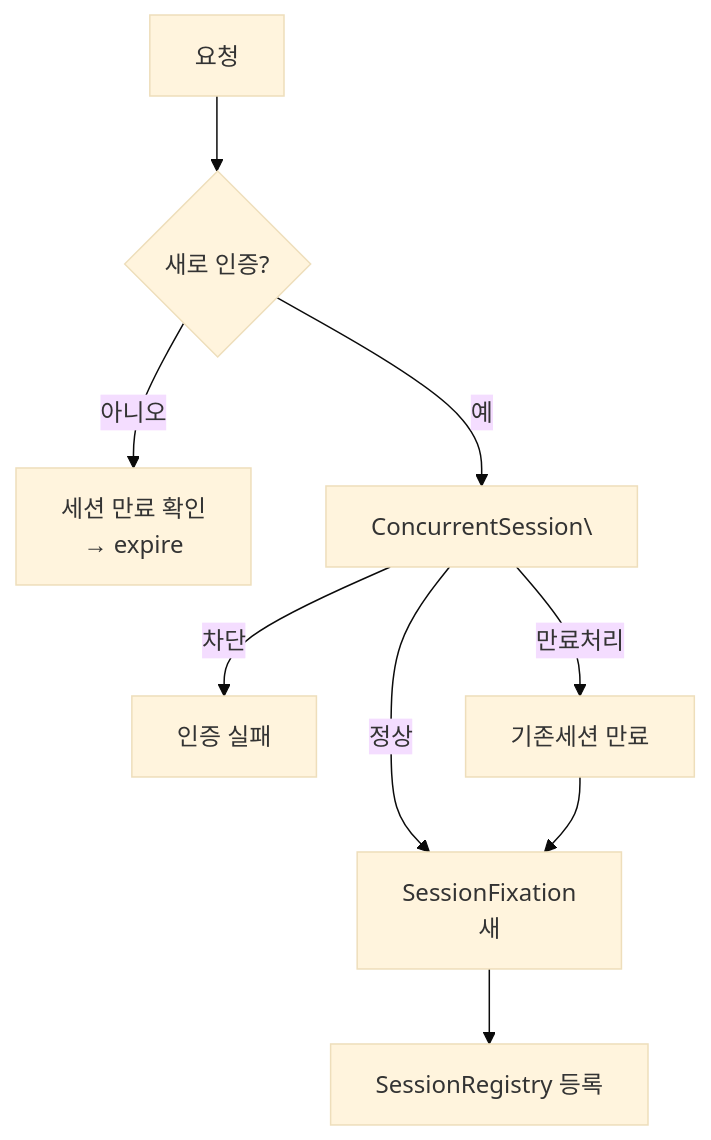
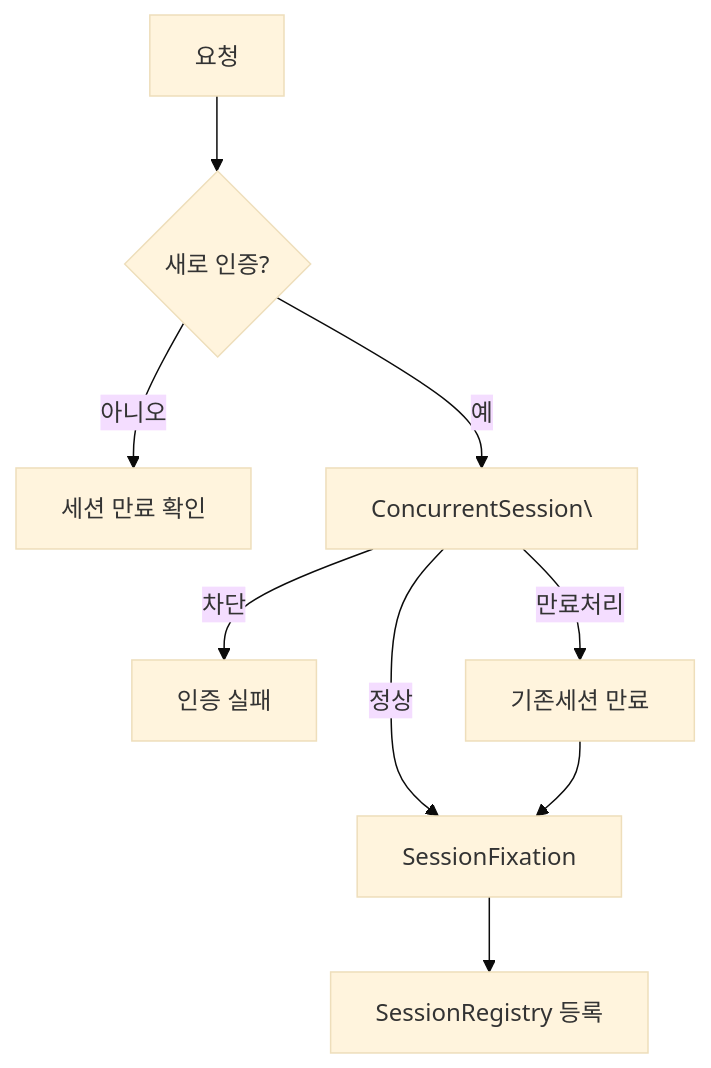
One commit to yjkim2015/yjkim2015.github.io changed the third of 4 diagrams in _posts/security/2021-02-18-세션 제어 필터.md. Above: the diagram before and after it, drawn with Mermaid (base theme). The commit also changed other lines of this file and 217 other files, not shown here.

First line of the commit message:
Mermaid 크기 수정: useMaxWidth:true + SVG max-width:100% + 라벨 축소

````diff
--- a/_posts/security/2021-02-18-세션 제어 필터.md
+++ b/_posts/security/2021-02-18-세션 제어 필터.md
@@ -115,11 +115,11 @@
 ```mermaid
 flowchart TD
     A["요청"] --> B{"새로 인증?"}
-    B -- "아니오" --> C["세션 만료 확인\n→ expire"]
+    B -- "아니오" --> C["세션 만료 확인"]
     B -- "예" --> D["ConcurrentSession\"]
     D -- "차단" --> E["인증 실패"]
     D -- "만료처리" --> F["기존세션 만료"]
-    D -- "정상" --> G["SessionFixation\n새"]
+    D -- "정상" --> G["SessionFixation"]
     F --> G
     G --> H["SessionRegistry 등록"]
 ```
````
